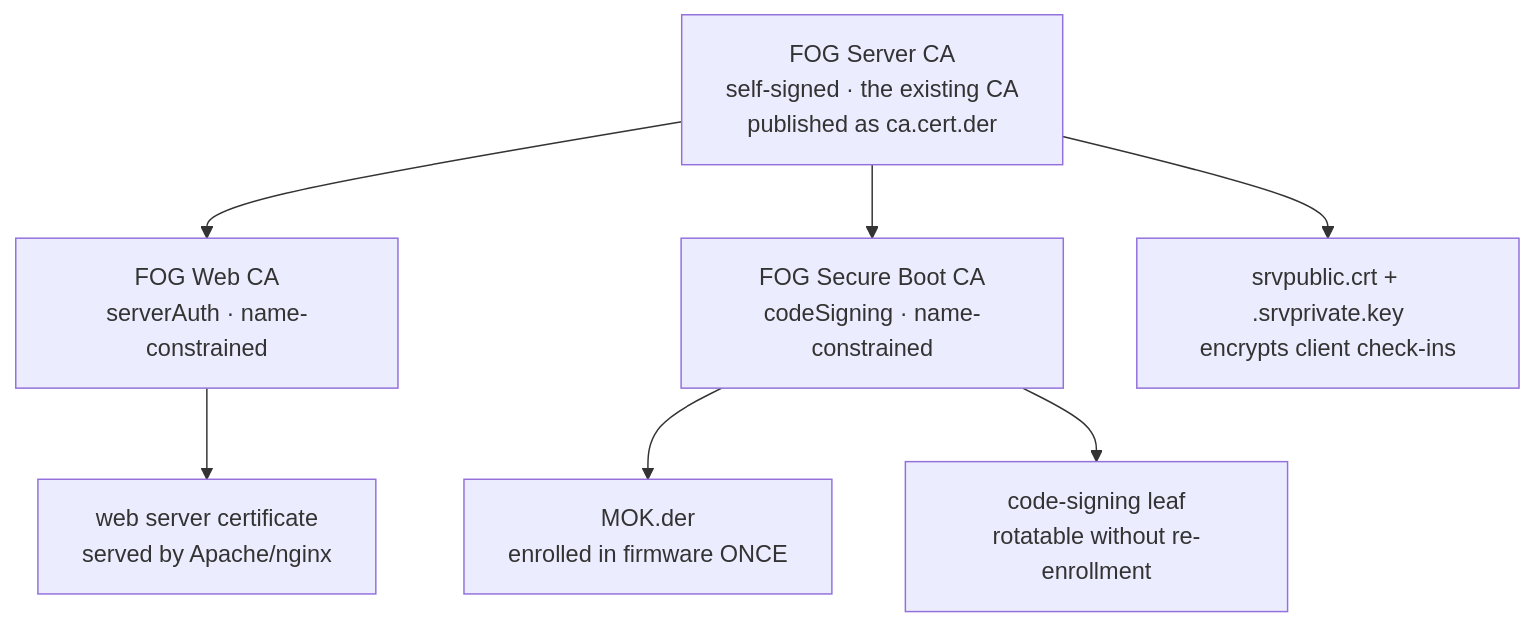
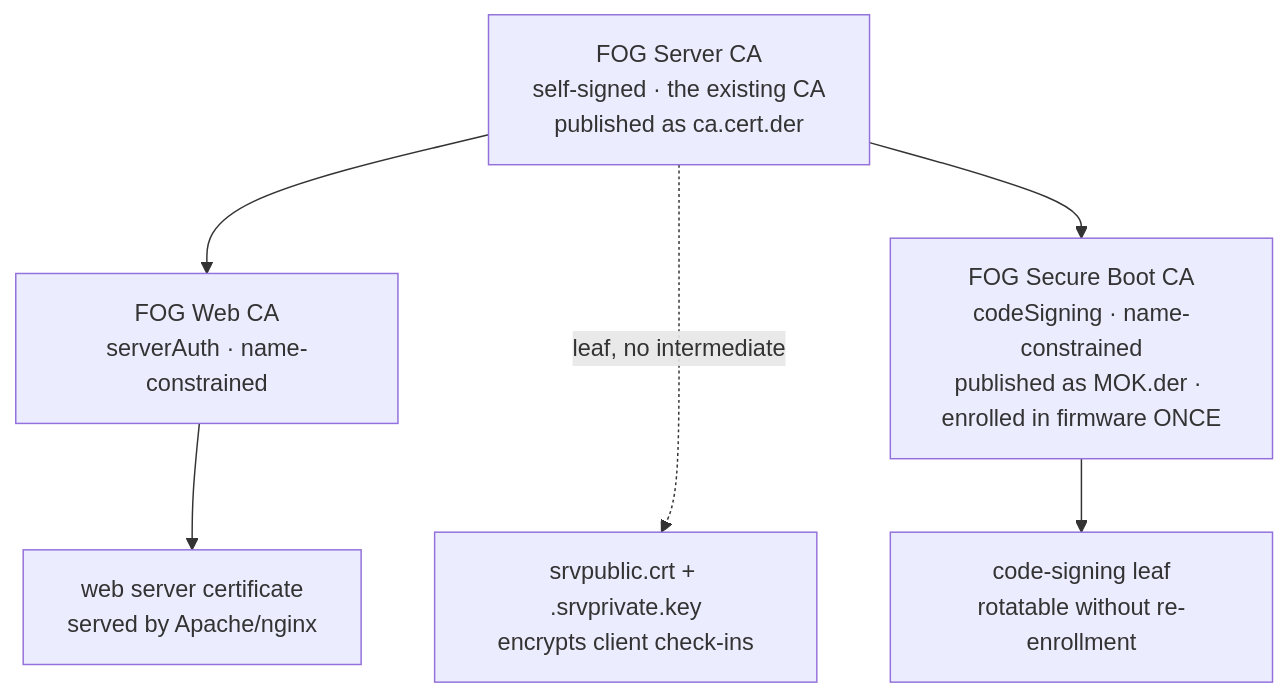
Before and after one commit to FOGProject/fog-docs: the diagram in docs/kb/reference/pki-zones.md, drawn with Mermaid. The commit also changed other lines of this file, not shown here.

First line of the commit message:
Clarify PKI zones diagram and convert path listing to a table

````diff
--- a/docs/kb/reference/pki-zones.md
+++ b/docs/kb/reference/pki-zones.md
@@ -76,11 +76,13 @@
 ```mermaid
 graph TD
     Root["FOG Server CA<br/>self-signed · the existing CA<br/>published as ca.cert.der"]
+
     Root --> WebCA["FOG Web CA<br/>serverAuth · name-constrained"]
-    Root --> SBCA["FOG Secure Boot CA<br/>codeSigning · name-constrained"]
-    Root --> Comm["srvpublic.crt + .srvprivate.key<br/>encrypts client check-ins"]
+    Root --> SBCA["FOG Secure Boot CA<br/>codeSigning · name-constrained<br/>published as MOK.der · enrolled in firmware ONCE"]
+    Root -.->|leaf, no intermediate| Comm["srvpublic.crt + .srvprivate.key<br/>encrypts client check-ins"]
 
     WebCA --> WebLeaf["web server certificate<br/>served by Apache/nginx"]
-    SBCA --> MOK["MOK.der<br/>enrolled in firmware ONCE"]
     SBCA --> Sign["code-signing leaf<br/>rotatable without re-enrollment"]
+
+    WebCA ~~~ Comm
 ```
````
